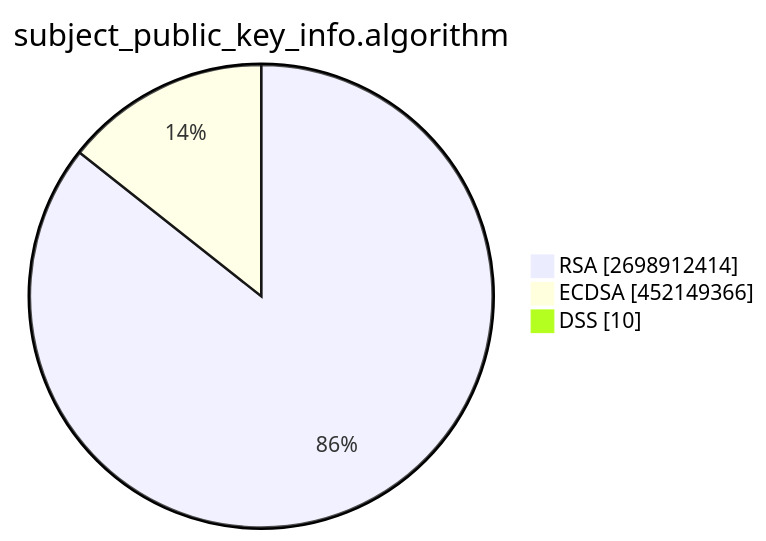
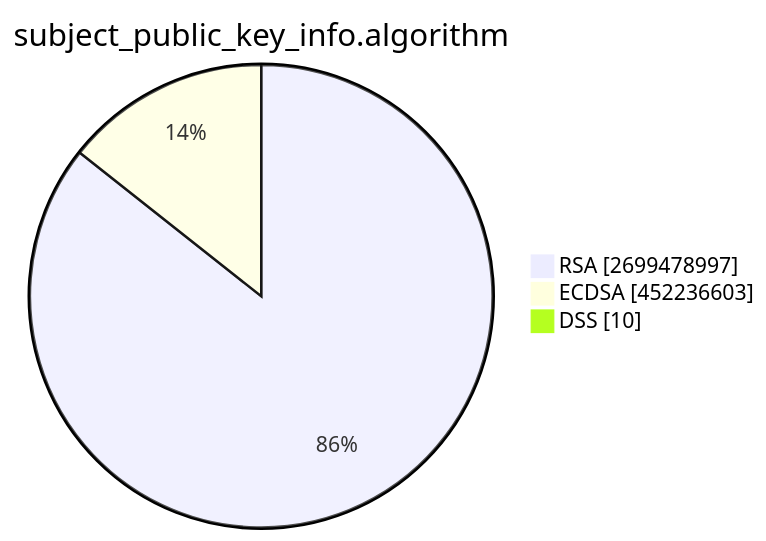
One commit to christiankrug/ctmonitor_visualization changed the second of 15 diagrams in TOTAL/README.md. Above: the diagram before and after it, drawn with Mermaid. The commit also changed other lines of this file, not shown here.

````diff
--- a/TOTAL/README.md
+++ b/TOTAL/README.md
@@ -6,7 +6,7 @@
 ```mermaid
 pie showData
 title subject_public_key_info.algorithm
-"RSA" :2698912414
-"ECDSA" :452149366
+"RSA" :2699478997
+"ECDSA" :452236603
 "DSS" :10
 ```
````
